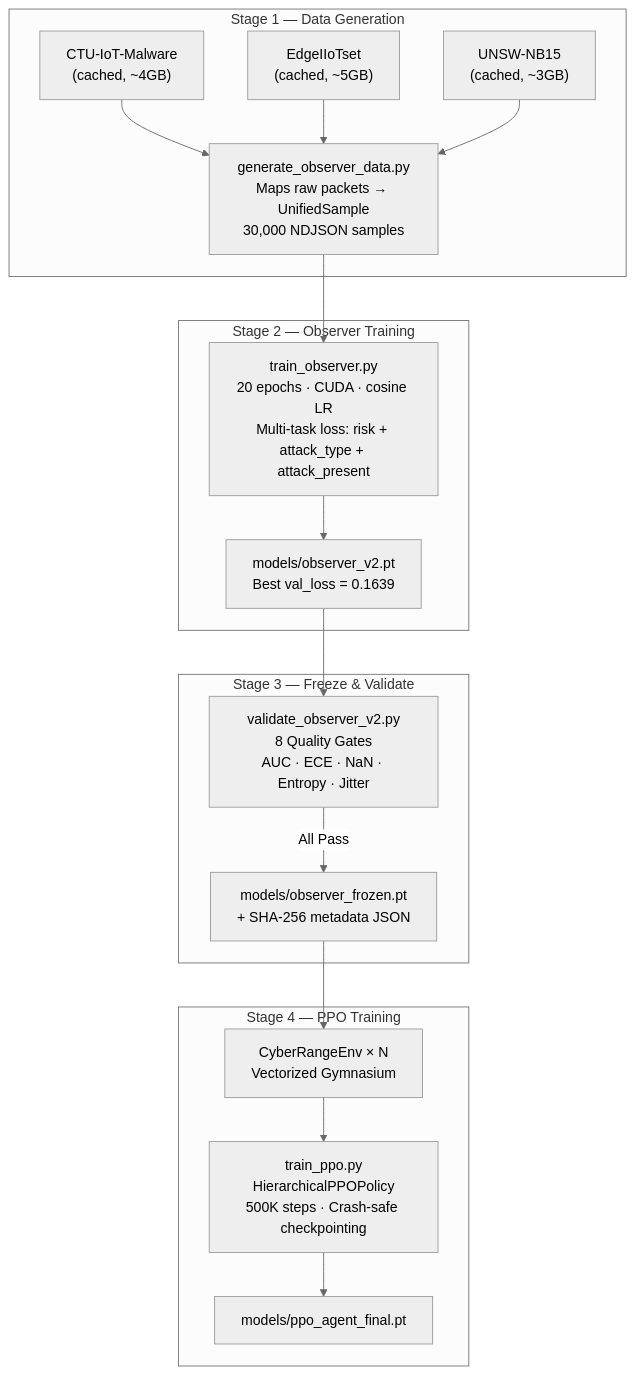
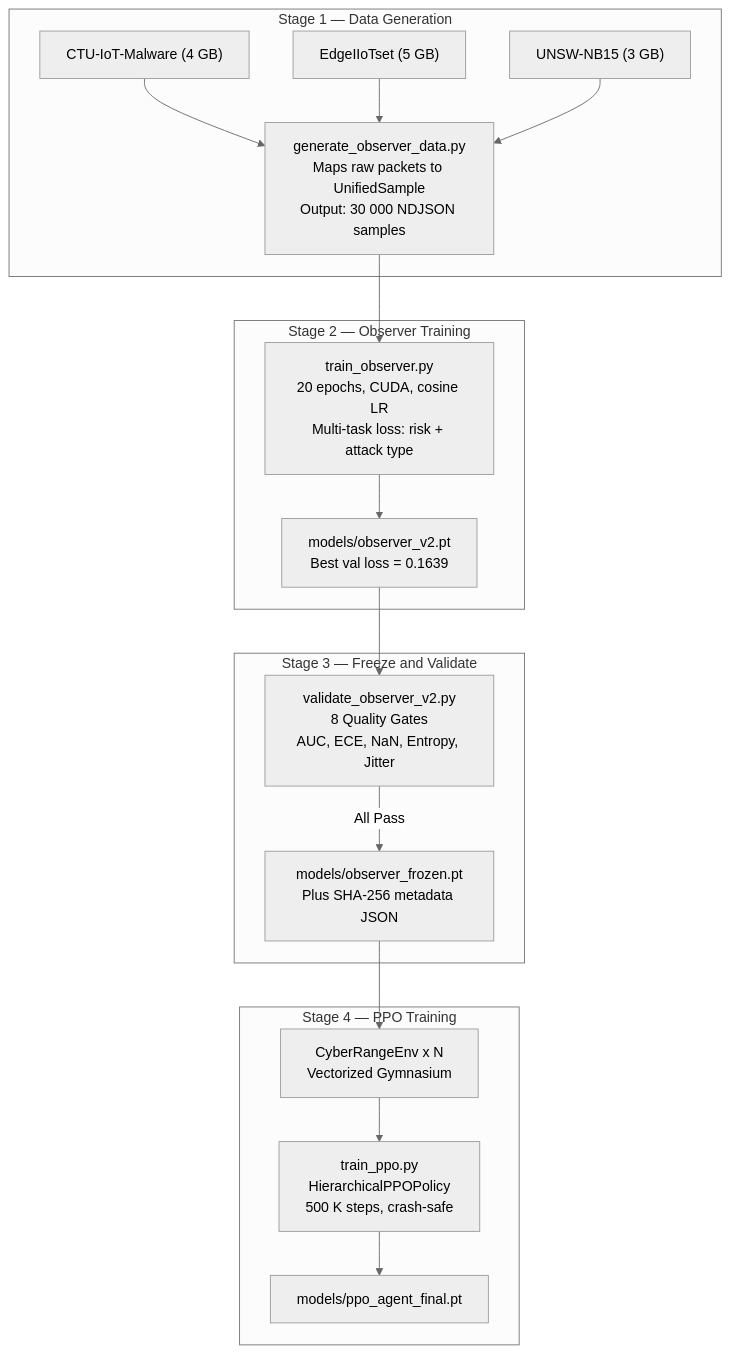
Before and after one commit to didi-09/AI_DRIVEN_SOAR: the first of 15 diagrams in README.md, drawn with Mermaid (neutral theme). The commit also changed other lines of this file, not shown here.

````diff
--- a/README.md
+++ b/README.md
@@ -23,25 +23,25 @@
 ```mermaid
 flowchart TD
     subgraph S1["Stage 1 — Data Generation"]
-        DS1["CTU-IoT-Malware\n(cached, ~4GB)"]
-        DS2["EdgeIIoTset\n(cached, ~5GB)"]
-        DS3["UNSW-NB15\n(cached, ~3GB)"]
-        DS1 & DS2 & DS3 --> GEN["generate_observer_data.py\nMaps raw packets → UnifiedSample\n30,000 NDJSON samples"]
+        DS1["CTU-IoT-Malware (4 GB)"]
+        DS2["EdgeIIoTset (5 GB)"]
+        DS3["UNSW-NB15 (3 GB)"]
+        DS1 & DS2 & DS3 --> GEN["generate_observer_data.py<br/>Maps raw packets to UnifiedSample<br/>Output: 30 000 NDJSON samples"]
     end
 
     subgraph S2["Stage 2 — Observer Training"]
-        GEN --> OBS_TRAIN["train_observer.py\n20 epochs · CUDA · cosine LR\nMulti-task loss: risk + attack_type + attack_present"]
-        OBS_TRAIN --> CKPT["models/observer_v2.pt\nBest val_loss = 0.1639"]
+        GEN --> OBS_TRAIN["train_observer.py<br/>20 epochs, CUDA, cosine LR<br/>Multi-task loss: risk + attack type"]
+        OBS_TRAIN --> CKPT["models/observer_v2.pt<br/>Best val loss = 0.1639"]
     end
 
-    subgraph S3["Stage 3 — Freeze & Validate"]
-        CKPT --> GATE["validate_observer_v2.py\n8 Quality Gates\nAUC · ECE · NaN · Entropy · Jitter"]
-        GATE -->|All Pass| FROZEN["models/observer_frozen.pt\n+ SHA-256 metadata JSON"]
+    subgraph S3["Stage 3 — Freeze and Validate"]
+        CKPT --> GATE["validate_observer_v2.py<br/>8 Quality Gates<br/>AUC, ECE, NaN, Entropy, Jitter"]
+        GATE -->|"All Pass"| FROZEN["models/observer_frozen.pt<br/>Plus SHA-256 metadata JSON"]
     end
 
     subgraph S4["Stage 4 — PPO Training"]
-        FROZEN --> ENV["CyberRangeEnv × N\nVectorized Gymnasium"]
-        ENV --> PPO["train_ppo.py\nHierarchicalPPOPolicy\n500K steps · Crash-safe checkpointing"]
+        FROZEN --> ENV["CyberRangeEnv x N<br/>Vectorized Gymnasium"]
+        ENV --> PPO["train_ppo.py<br/>HierarchicalPPOPolicy<br/>500 K steps, crash-safe"]
         PPO --> AGENT["models/ppo_agent_final.pt"]
     end
 ```
````
